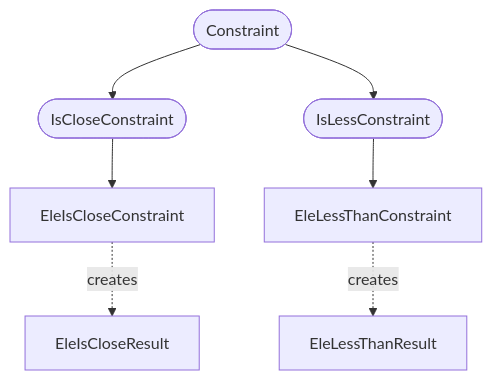
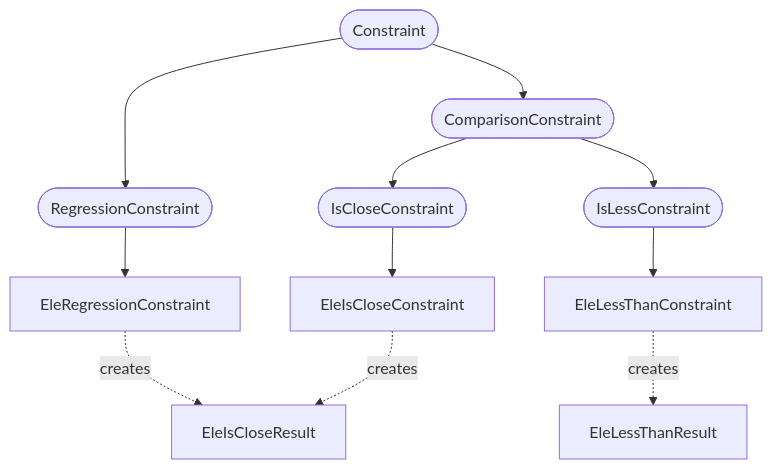
One commit to bmad-sim/pytao changed the seventh of 7 diagrams in docs/constraints/index.md. Above: the diagram before and after it, drawn with Mermaid. The commit also changed other lines of this file and 5 other files, not shown here.

````diff
--- a/docs/constraints/index.md
+++ b/docs/constraints/index.md
@@ -162,9 +194,13 @@
 ```mermaid
 flowchart TD
-    Constraint([Constraint]) --> IsCloseConstraint([IsCloseConstraint])
-    Constraint --> IsLessConstraint([IsLessConstraint])
+    Constraint([Constraint]) --> ComparisonConstraint([ComparisonConstraint])
+    Constraint --> RegressionConstraint([RegressionConstraint])
+    ComparisonConstraint --> IsCloseConstraint([IsCloseConstraint])
+    ComparisonConstraint --> IsLessConstraint([IsLessConstraint])
     IsCloseConstraint --> EleIsCloseConstraint[EleIsCloseConstraint]
     IsLessConstraint --> EleLessThanConstraint[EleLessThanConstraint]
+    RegressionConstraint --> EleRegressionConstraint[EleRegressionConstraint]
     EleIsCloseConstraint -. creates .-> EleIsCloseResult[EleIsCloseResult]
     EleLessThanConstraint -. creates .-> EleLessThanResult[EleLessThanResult]
+    EleRegressionConstraint -. creates .-> EleIsCloseResult
 ```
````
